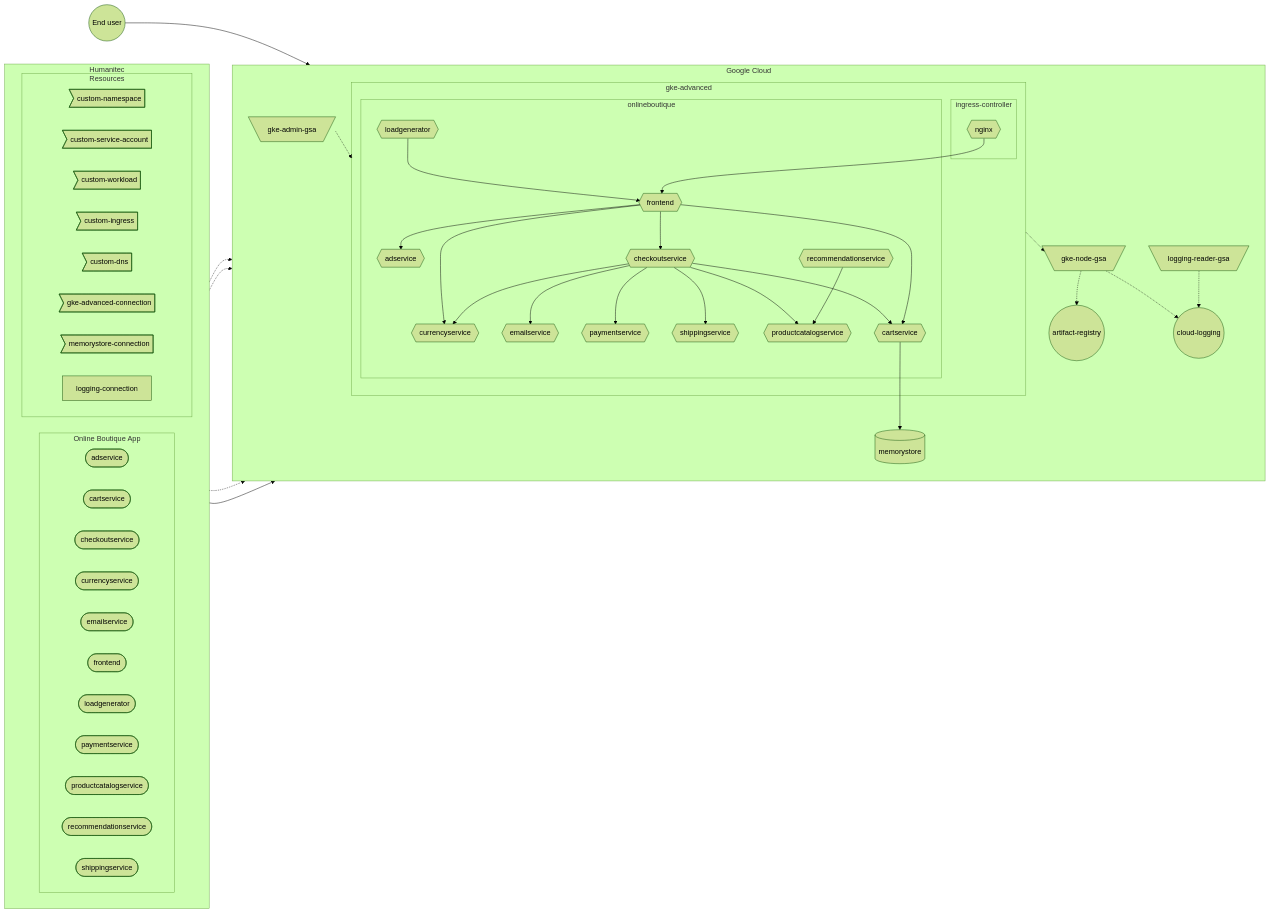
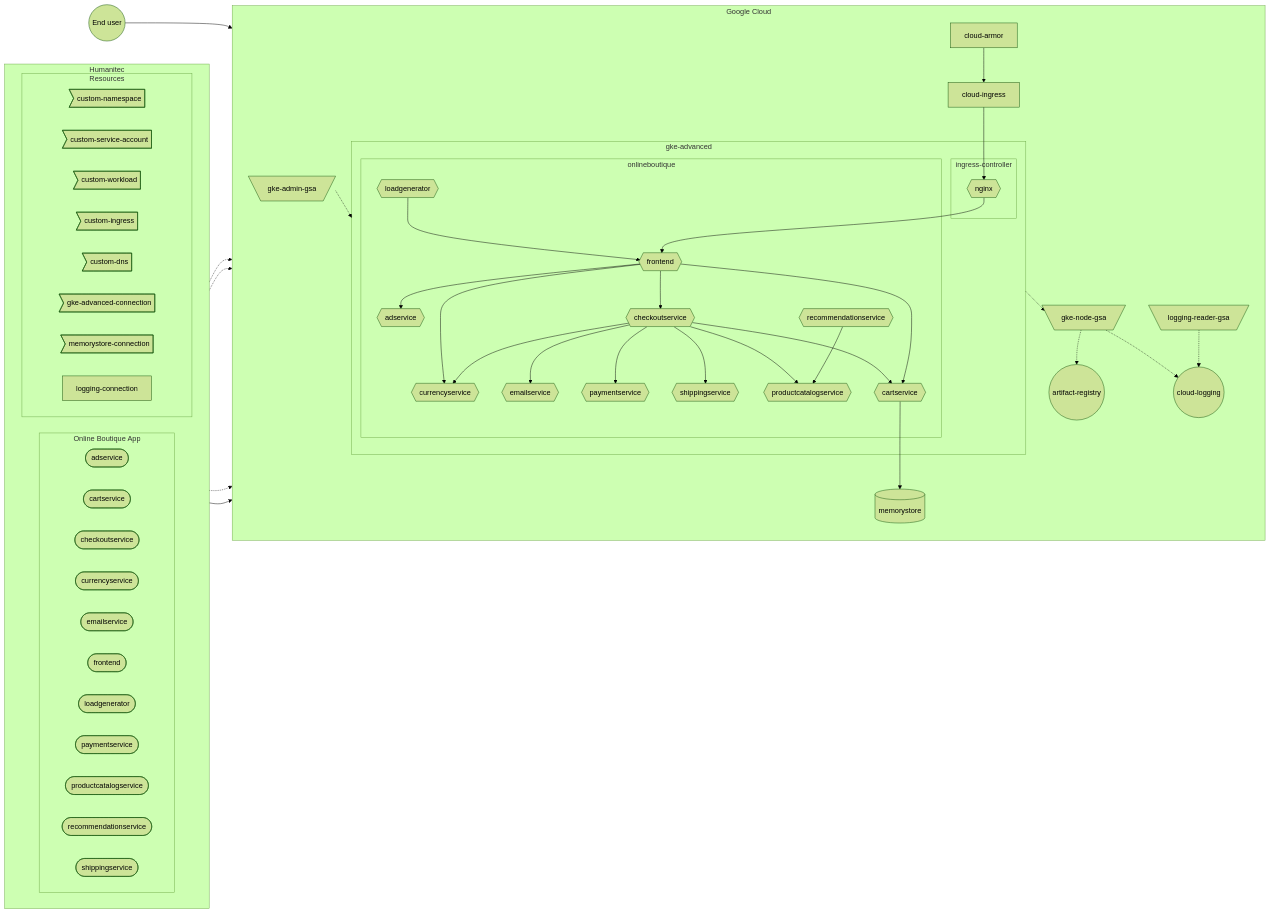
The diagram in docs/gke-advanced.md (mathieu-benoit/hello-humanitec), drawn with Mermaid (forest theme) before and after one commit. The commit also changed 1 other file, not shown here.

Commit message:
update graph with cloud-armor

````diff
--- a/docs/gke-advanced.md
+++ b/docs/gke-advanced.md
@@ -15,67 +15,69 @@
 ```mermaid
 flowchart LR
   subgraph Humanitec
     direction LR
     subgraph onlineboutique-app [Online Boutique App]
       direction LR
       adservice-workload([adservice])
       cartservice-workload([cartservice])
       checkoutservice-workload([checkoutservice])
       currencyservice-workload([currencyservice])
       emailservice-workload([emailservice])
       frontend-workload([frontend])
       loadgenerator-workload([loadgenerator])
       paymentservice-workload([paymentservice])
       productcatalogservice-workload([productcatalogservice])
       recommendationservice-workload([recommendationservice])
       shippingservice-workload([shippingservice])
     end
     subgraph Resources
         custom-namespace>custom-namespace]
         custom-service-account>custom-service-account]
         custom-workload>custom-workload]
         custom-ingress>custom-ingress]
         custom-dns>custom-dns]
         gke-advanced-connection>gke-advanced-connection]
         memorystore-connection>memorystore-connection]
         logging-connection
     end
   end
   subgraph Google Cloud
     direction TB
     subgraph gke-advanced
         subgraph ingress-controller
             nginx{{nginx}}
         end
         subgraph onlineboutique
             frontend{{frontend}}-->adservice{{adservice}}
             frontend-->checkoutservice{{checkoutservice}}
             frontend-->currencyservice{{currencyservice}}
             checkoutservice-->emailservice{{emailservice}}
             checkoutservice-->paymentservice{{paymentservice}}
             checkoutservice-->currencyservice
             checkoutservice-->shippingservice{{shippingservice}}
             checkoutservice-->productcatalogservice{{productcatalogservice}}
             checkoutservice-->cartservice{{cartservice}}
             frontend-->cartservice
             loadgenerator{{loadgenerator}}-->frontend
             recommendationservice{{recommendationservice}}-->productcatalogservice
         end
         nginx-->frontend
     end
     gke-admin-gsa[\gke-admin-gsa/]
     memorystore-connection-.->memorystore[(memorystore)]
     onlineboutique-app-->onlineboutique
     cartservice-->memorystore
     logging-reader-gsa[\logging-reader-gsa/]
     cloud-logging((cloud-logging))
     gke-advanced-.->gke-node-gsa[\gke-node-gsa/]
     gke-node-gsa-.->artifact-registry((artifact-registry))
     gke-node-gsa-.->cloud-logging
+    cloud-armor-->cloud-ingress
   end
-  enduser((End user))-->nginx
+  enduser((End user))-->cloud-armor
+  cloud-ingress-->nginx
   logging-connection-.->logging-reader-gsa
   logging-reader-gsa-.->cloud-logging
   gke-advanced-connection-.->gke-admin-gsa
   gke-admin-gsa-.->gke-advanced
 ```
````
